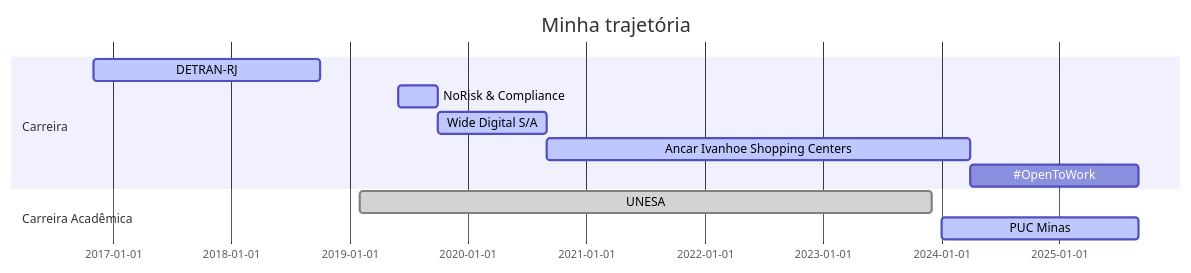
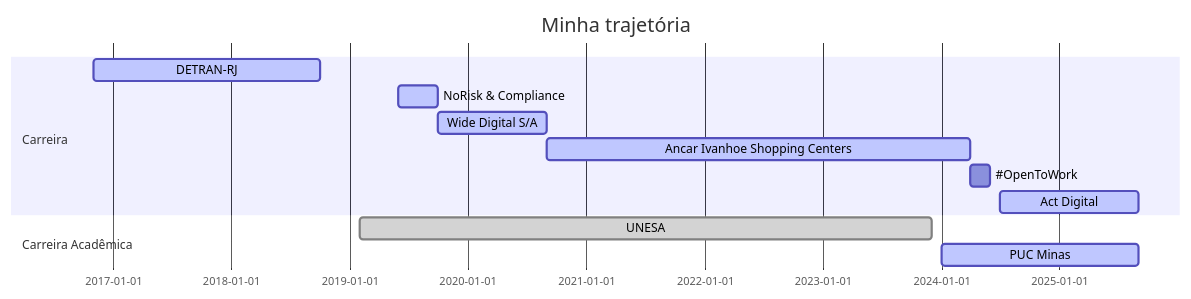
The diagram in README.md (carlosr-henriques/carlosr-henriques), drawn with Mermaid before and after one commit.

````diff
--- a/README.md
+++ b/README.md
@@ -5,17 +5,18 @@
 ```mermaid
 
 gantt
   dateFormat  YYYY-MM
   title Minha trajetória
 
   section Carreira
     DETRAN-RJ                      :active, a1, 2016-11, 2018-10
     NoRisk & Compliance            :active,, 2019-06,2019-10
     Wide Digital S/A               :active,, 2019-10,2020-09
     Ancar Ivanhoe Shopping Centers :active,, 2020-09,2024-04
-    #OpenToWork                    :, 2024-04, 2025-09
+    #OpenToWork :, 2024-04,2024-06
+    Act Digital                    :active,, 2024-07, 2025-09
 
   section Carreira Acadêmica
     UNESA      :done,, 2019-02,2023-12
     PUC Minas  :active,, 2024-01,2025-09
 ```
````
